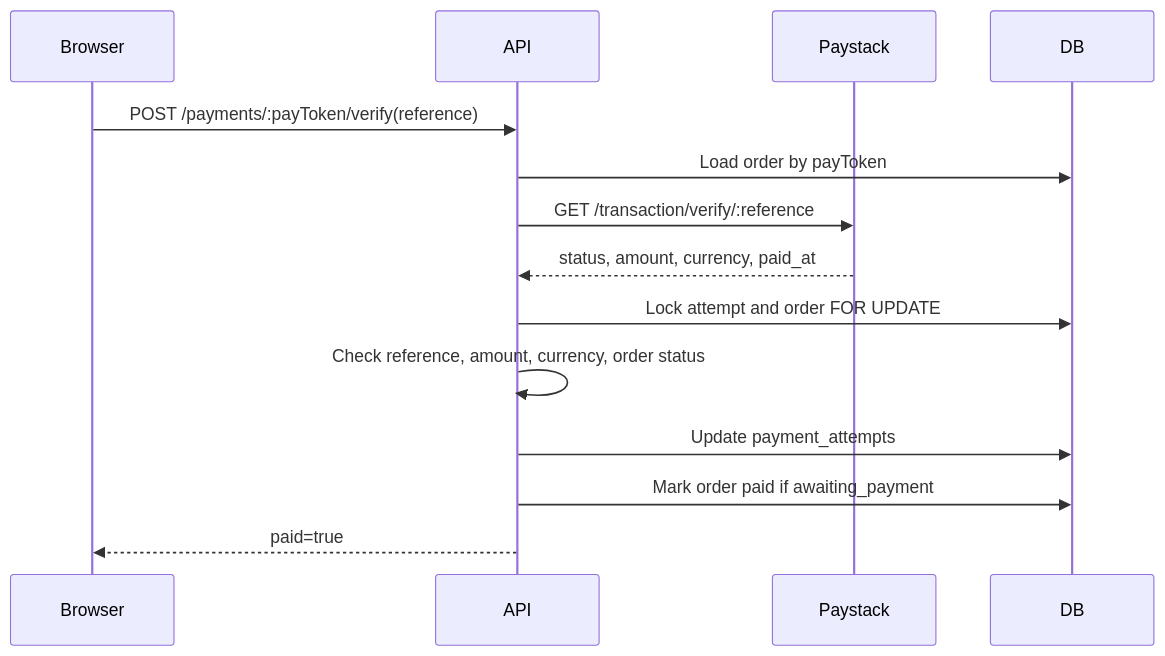
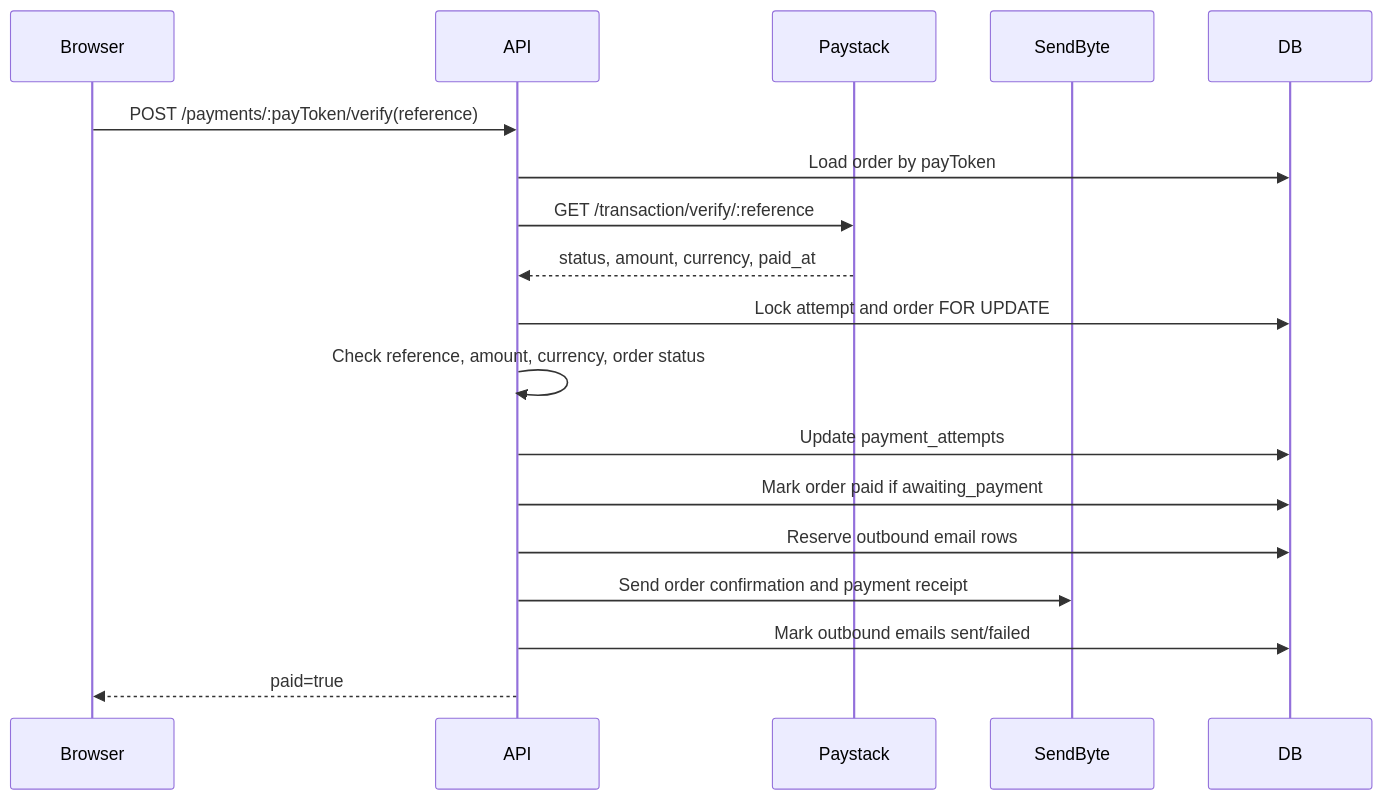
One commit to mikechibuzor/oyecouture changed the fourth of 7 diagrams in docs/payment-system-architecture.md. Above: the diagram before and after it, drawn with Mermaid. The commit also changed other lines of this file and 24 other files, not shown here.

Commit message:
feat(email): send paid order confirmations

````diff
--- a/docs/payment-system-architecture.md
+++ b/docs/payment-system-architecture.md
@@ -247,17 +264,21 @@
 ```mermaid
 sequenceDiagram
   participant Browser
   participant API
   participant Paystack
+  participant SendByte
   participant DB
 
   Browser->>API: POST /payments/:payToken/verify(reference)
   API->>DB: Load order by payToken
   API->>Paystack: GET /transaction/verify/:reference
   Paystack-->>API: status, amount, currency, paid_at
   API->>DB: Lock attempt and order FOR UPDATE
   API->>API: Check reference, amount, currency, order status
   API->>DB: Update payment_attempts
   API->>DB: Mark order paid if awaiting_payment
+  API->>DB: Reserve outbound email rows
+  API->>SendByte: Send order confirmation and payment receipt
+  API->>DB: Mark outbound emails sent/failed
   API-->>Browser: paid=true
 ```
````
